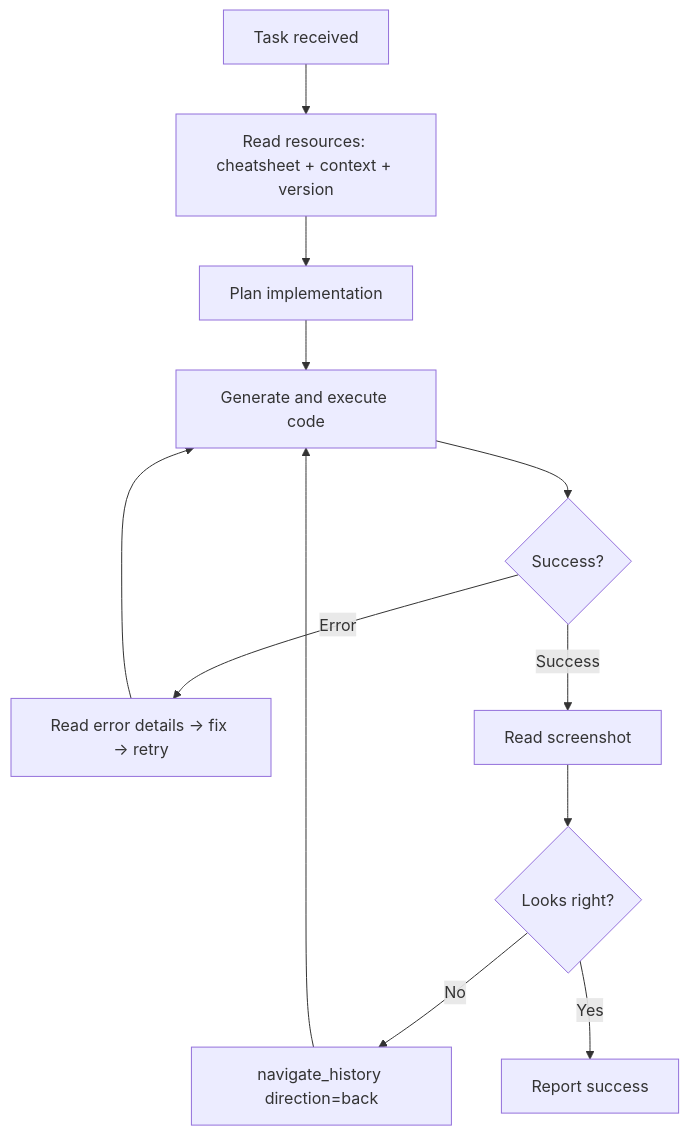
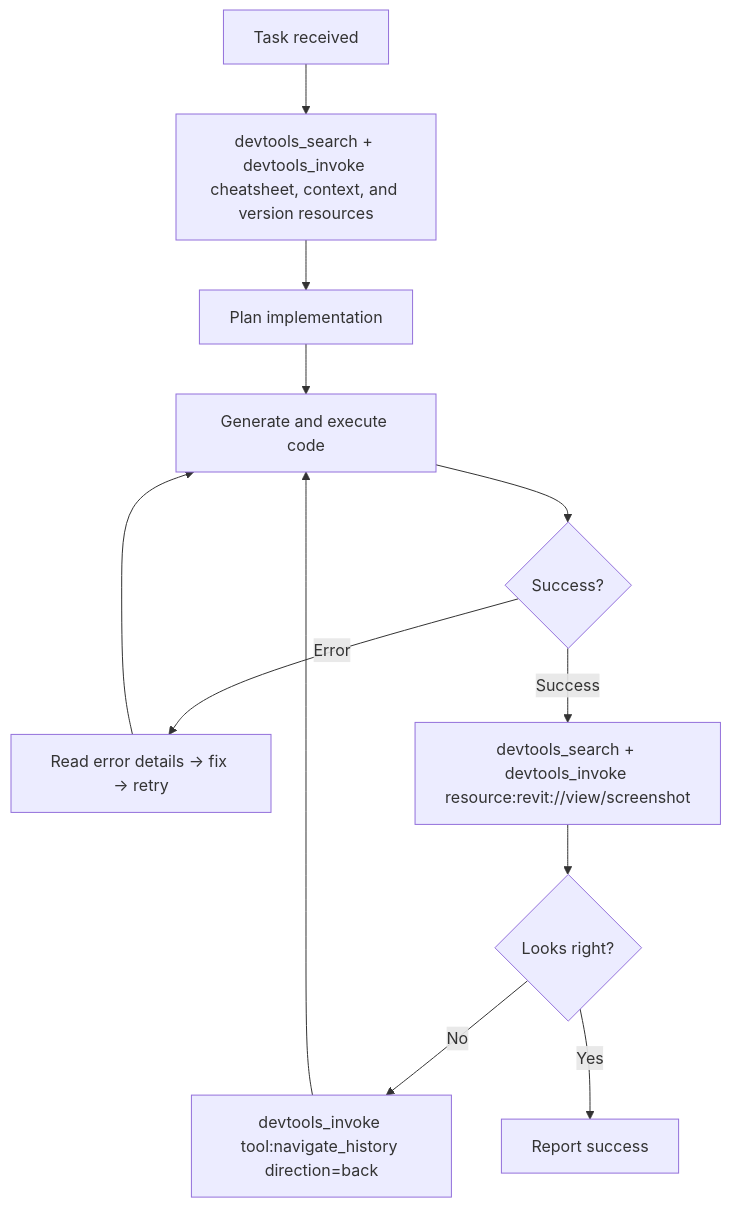
Before and after one commit to trgiangv/RevitDevTool: the fourth of 4 diagrams in docs/MCP/workflows.md, drawn with Mermaid. The commit also changed other lines of this file and 3 other files, not shown here.

````diff
--- a/docs/MCP/workflows.md
+++ b/docs/MCP/workflows.md
@@ -70,14 +82,14 @@
 ```mermaid
 flowchart TD
-    Start[Task received] --> Read[Read resources: cheatsheet + context + version]
+    Start[Task received] --> Read[devtools_search + devtools_invoke cheatsheet, context, and version resources]
     Read --> Plan[Plan implementation]
     Plan --> Code[Generate and execute code]
     Code --> Check{Success?}
     Check -->|Error| Fix[Read error details → fix → retry]
     Fix --> Code
-    Check -->|Success| Verify[Read screenshot]
+    Check -->|Success| Verify[devtools_search + devtools_invoke resource:revit://view/screenshot]
     Verify --> Visual{Looks right?}
-    Visual -->|No| Undo[navigate_history direction=back]
+    Visual -->|No| Undo[devtools_invoke tool:navigate_history direction=back]
     Undo --> Code
     Visual -->|Yes| Done[Report success]
 ```
````
